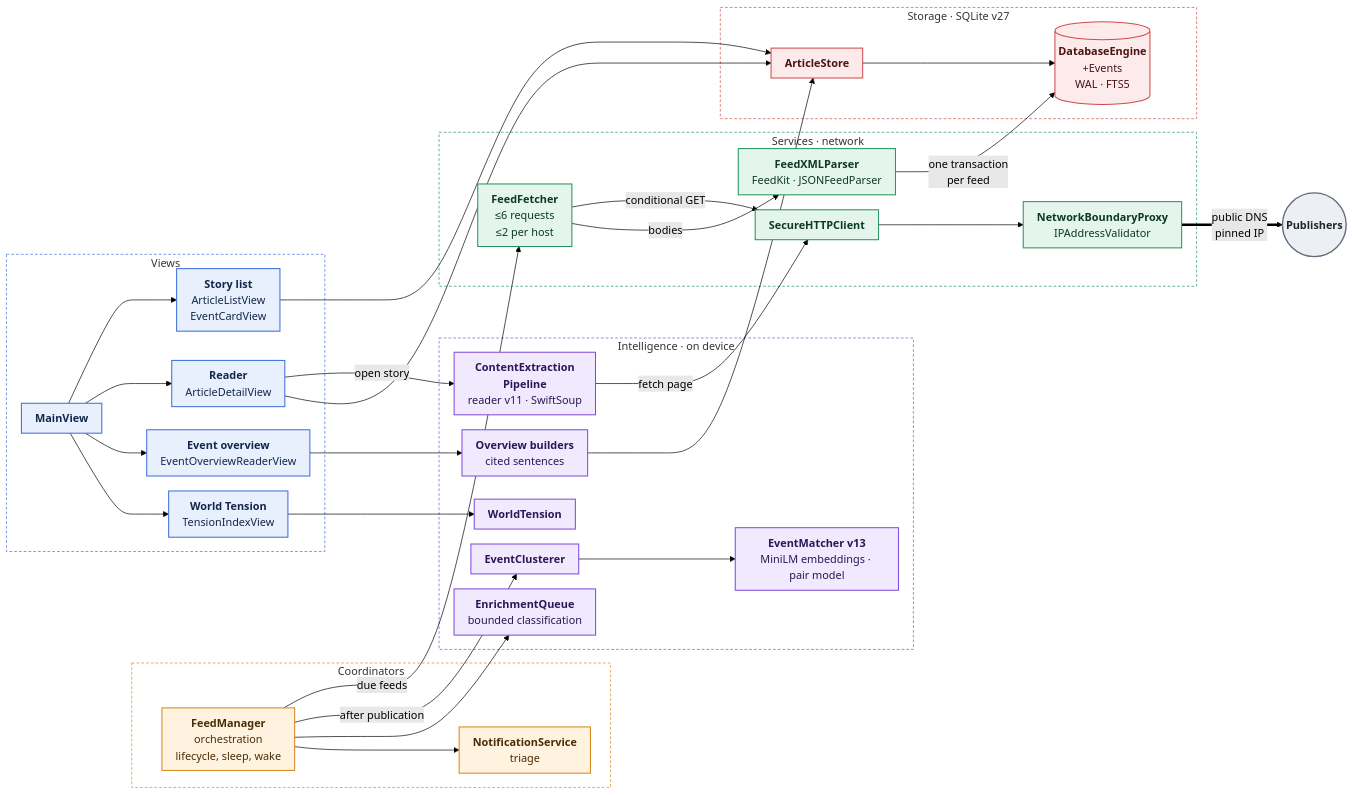
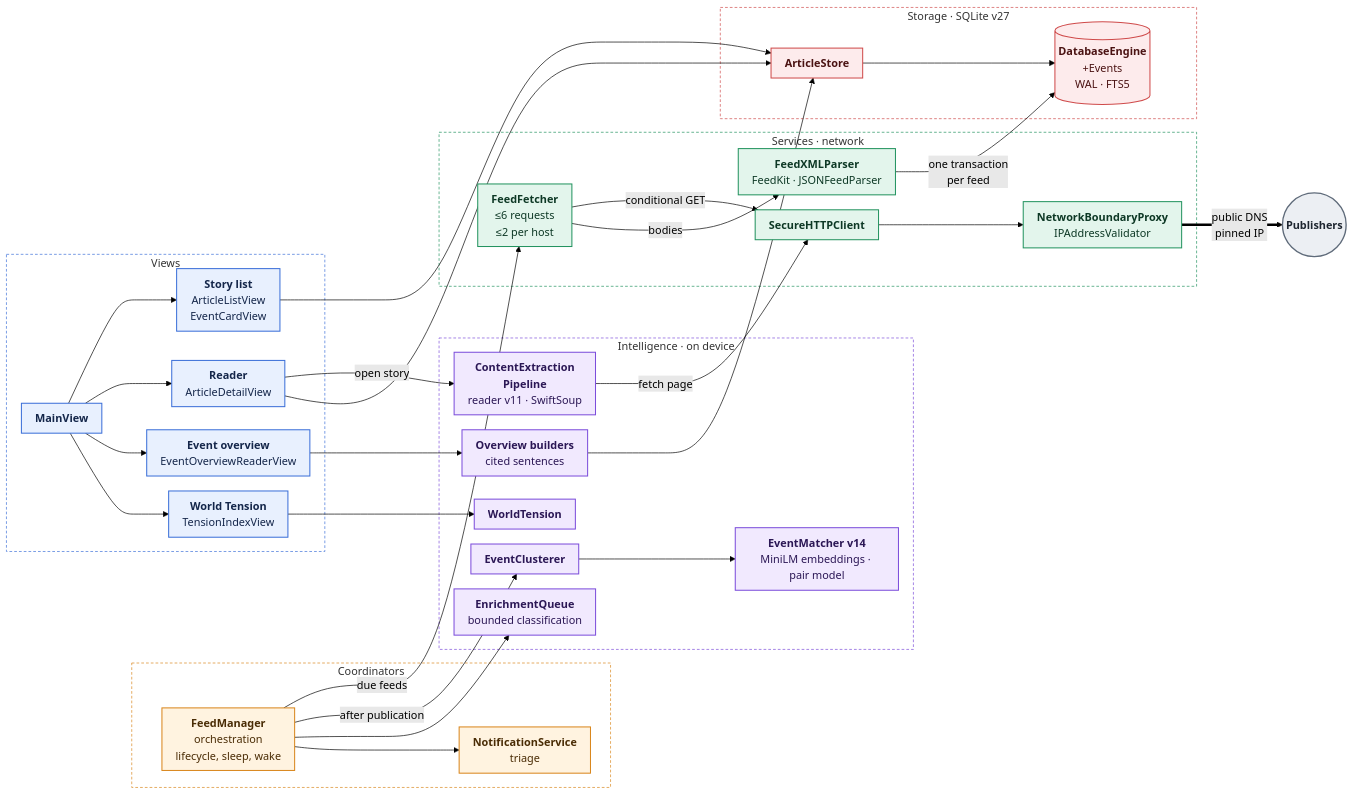
One commit to marspater/NewsApp-macOS changed the first of 3 diagrams in docs/ARCHITECTURE.md. Above: the diagram before and after it, drawn with Mermaid (forest theme). The commit also changed other lines of this file and 5 other files, not shown here.

````diff
--- a/docs/ARCHITECTURE.md
+++ b/docs/ARCHITECTURE.md
@@ -22,75 +22,75 @@
 ```mermaid
 %%{init: {"flowchart": {"curve": "basis", "nodeSpacing": 22, "rankSpacing": 44, "padding": 10}}}%%
 flowchart LR
     subgraph Coord["Coordinators"]
         FM["<b>FeedManager</b><br/>orchestration<br/>lifecycle, sleep, wake"]
         NS["<b>NotificationService</b><br/>triage"]
     end
 
     subgraph UI["Views"]
         Main["<b>MainView</b>"]
         List["<b>Story list</b><br/>ArticleListView<br/>EventCardView"]
         Reader["<b>Reader</b><br/>ArticleDetailView"]
         Overview["<b>Event overview</b><br/>EventOverviewReaderView"]
         Tension["<b>World Tension</b><br/>TensionIndexView"]
     end
 
     subgraph Intel["Intelligence · on device"]
         EQ["<b>EnrichmentQueue</b><br/>bounded classification"]
         EC["<b>EventClusterer</b>"]
-        EM["<b>EventMatcher v13</b><br/>MiniLM embeddings · pair model"]
+        EM["<b>EventMatcher v14</b><br/>MiniLM embeddings · pair model"]
         CEP["<b>ContentExtraction<br/>Pipeline</b><br/>reader v11 · SwiftSoup"]
         OV["<b>Overview builders</b><br/>cited sentences"]
         WT["<b>WorldTension</b>"]
     end
 
     subgraph Svc["Services · network"]
         FF["<b>FeedFetcher</b><br/>≤6 requests<br/>≤2 per host"]
         Parse["<b>FeedXMLParser</b><br/>FeedKit · JSONFeedParser"]
         HTTP["<b>SecureHTTPClient</b>"]
         GW["<b>NetworkBoundaryProxy</b><br/>IPAddressValidator"]
     end
 
     subgraph Store["Storage · SQLite v27"]
         AS["<b>ArticleStore</b>"]
         DB[("<b>DatabaseEngine</b><br/>+Events<br/>WAL · FTS5")]
     end
 
     Net(("<b>Publishers</b>"))
 
     FM -->|due feeds| FF
     FM -->|after publication| EC
     FM --> EQ & NS
     EC --> EM
     FF -->|conditional GET| HTTP
     FF -->|bodies| Parse
     Parse -->|one transaction<br/>per feed| DB
     Main --> List & Reader & Overview & Tension
     Reader -->|open story| CEP
     CEP -->|fetch page| HTTP
     HTTP --> GW
     GW ==>|public DNS<br/>pinned IP| Net
     Overview --> OV
     OV --> AS
     List & Reader --> AS
     AS --> DB
     Tension --> WT
 
     classDef ui fill:#E8F0FE,stroke:#3B6FD8,stroke-width:1.5px,color:#14264A
     classDef coord fill:#FFF3E0,stroke:#D9861C,stroke-width:1.5px,color:#4A2C05
     classDef intel fill:#F1E9FE,stroke:#7C4DDB,stroke-width:1.5px,color:#2B1755
     classDef svc fill:#E3F5EC,stroke:#23935F,stroke-width:1.5px,color:#0D3825
     classDef store fill:#FDEBEC,stroke:#CF4A4A,stroke-width:1.5px,color:#4A1212
     classDef ext fill:#ECEFF3,stroke:#5F6B7A,stroke-width:2px,color:#1E2630
     class Main,List,Reader,Overview,Tension ui
     class FM,NS coord
     class CEP,EQ,EC,EM,OV,WT intel
     class FF,Parse,HTTP,GW svc
     class AS,DB store
     class Net ext
     style UI fill:none,stroke:#3B6FD8,stroke-dasharray:4 3
     style Coord fill:none,stroke:#D9861C,stroke-dasharray:4 3
     style Intel fill:none,stroke:#7C4DDB,stroke-dasharray:4 3
     style Svc fill:none,stroke:#23935F,stroke-dasharray:4 3
     style Store fill:none,stroke:#CF4A4A,stroke-dasharray:4 3
 ```
````
